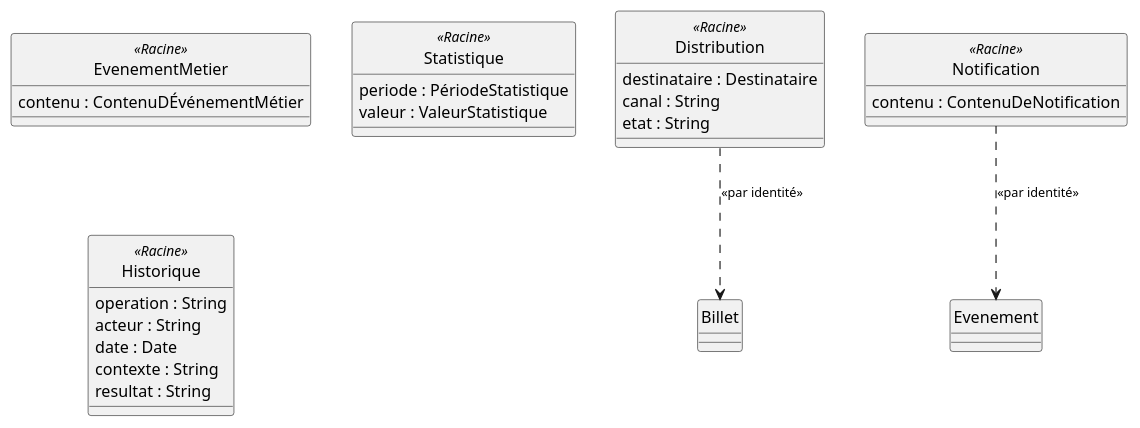
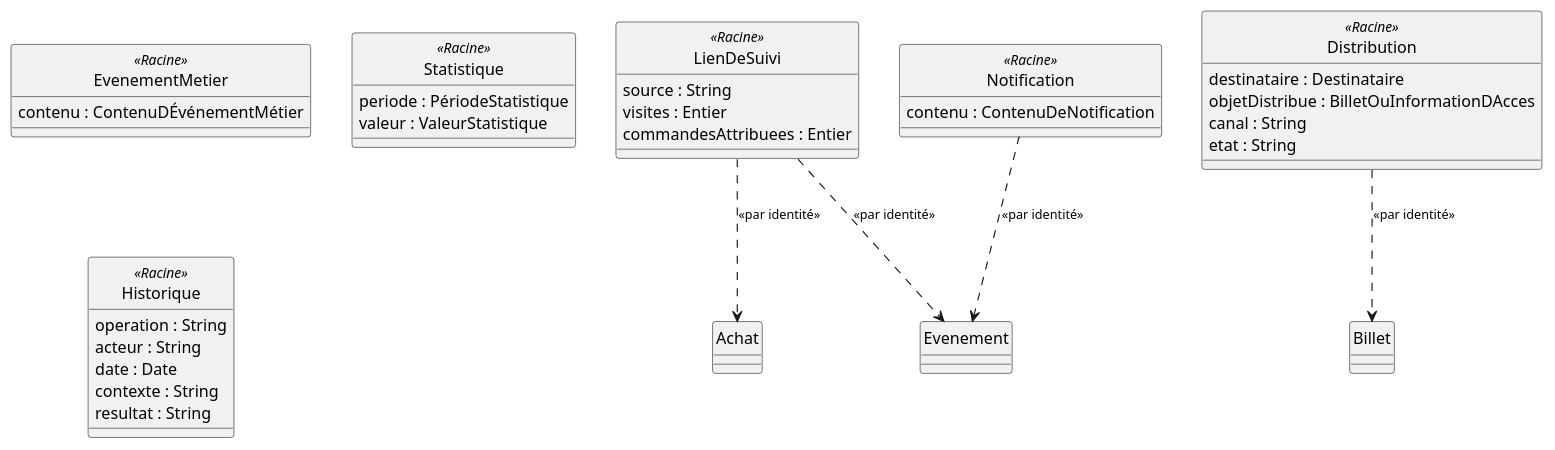
The ninth of 10 diagrams in docs/06-modelisation-uml/diagrammes-de-classes.md (SamuHabra/eventix-documentation), drawn with PlantUML before and after one commit. The commit also changed other lines of this file and 67 other files, not shown here.

````diff
--- a/docs/06-modelisation-uml/diagrammes-de-classes.md
+++ b/docs/06-modelisation-uml/diagrammes-de-classes.md
@@ -489,33 +530,41 @@
 ```plantuml
 @startuml classes-observation-communication
 hide circle
 skinparam classAttributeIconSize 0
 skinparam ArrowFontSize 11
 
 class EvenementMetier <<Racine>> {
   contenu : ContenuDÉvénementMétier
 }
 class Statistique <<Racine>> {
   periode : PériodeStatistique
   valeur : ValeurStatistique
 }
 class Historique <<Racine>> {
   operation : String
   acteur : String
   date : Date
   contexte : String
   resultat : String
 }
+class LienDeSuivi <<Racine>> {
+  source : String
+  visites : Entier
+  commandesAttribuees : Entier
+}
 class Distribution <<Racine>> {
   destinataire : Destinataire
+  objetDistribue : BilletOuInformationDAcces
   canal : String
   etat : String
 }
 class Notification <<Racine>> {
   contenu : ContenuDeNotification
 }
 
 Distribution ..> Billet : <<par identité>>
 Notification ..> Evenement : <<par identité>>
+LienDeSuivi ..> Evenement : <<par identité>>
+LienDeSuivi ..> Achat : <<par identité>>
 @enduml
 ```
````
